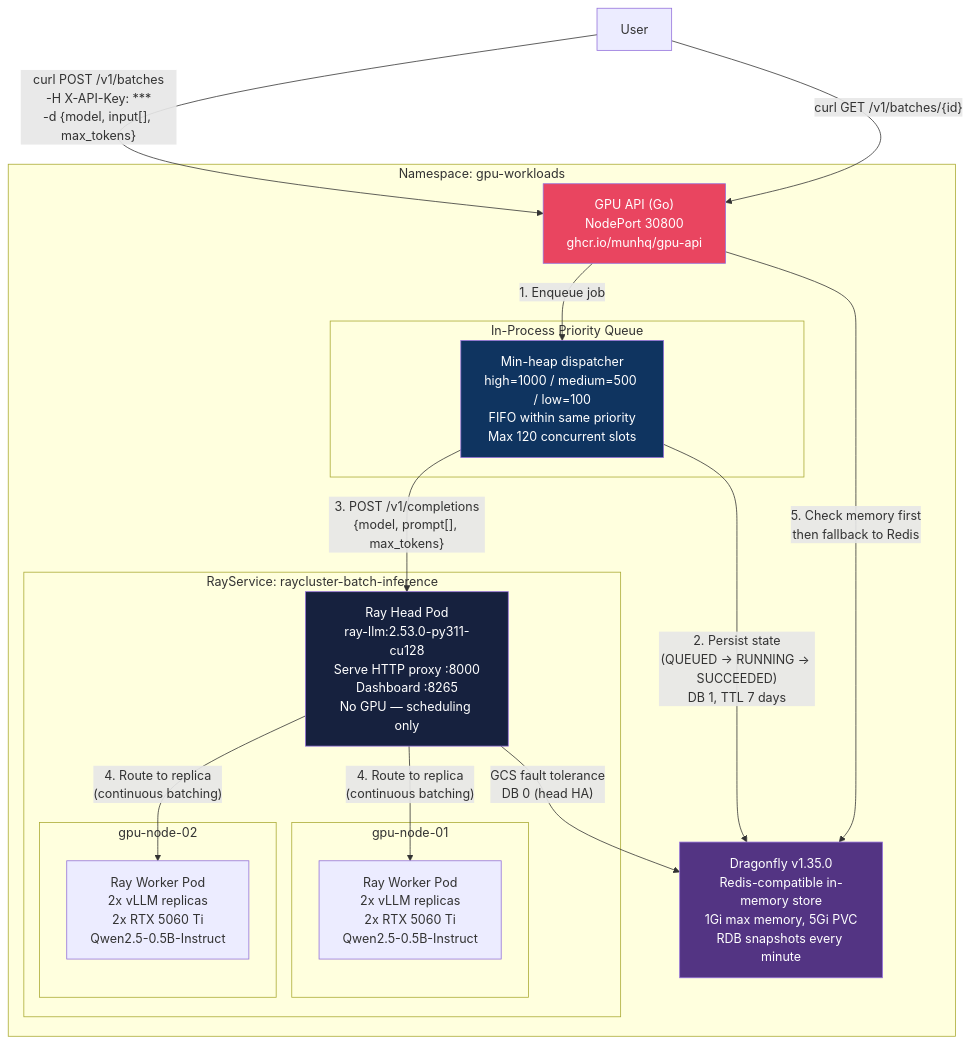
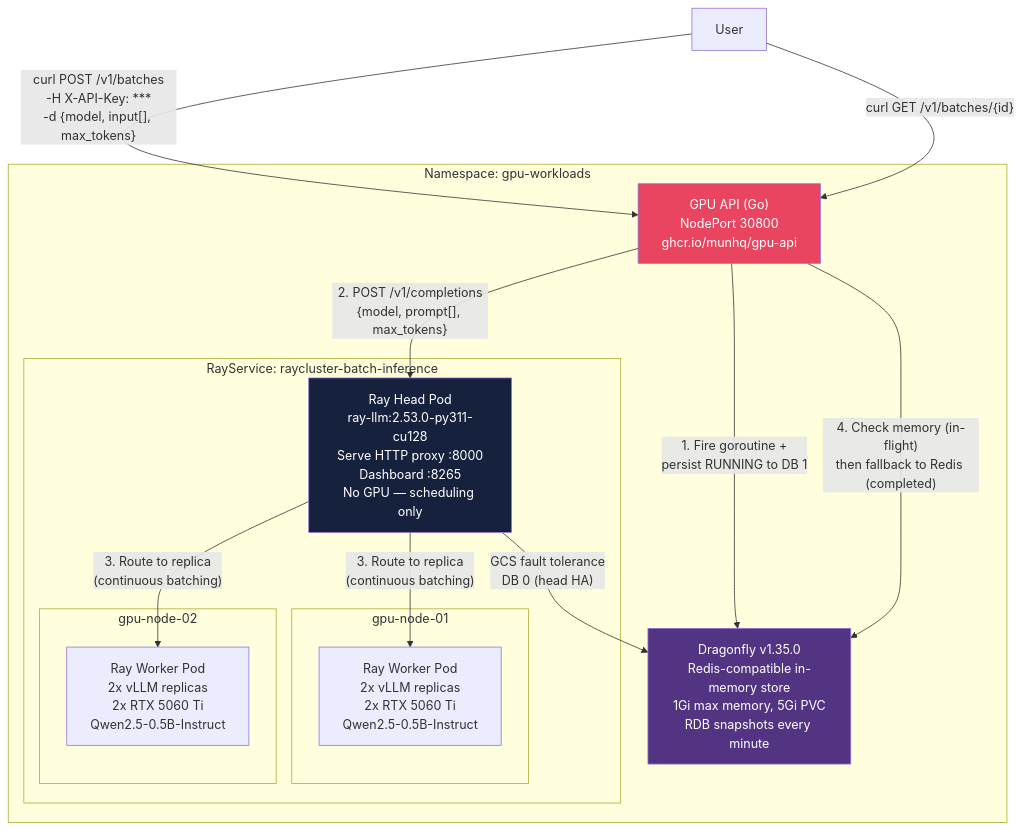
The second of 7 diagrams in ARCHITECTURE.md (munhq/kubernetes_gpu), drawn with Mermaid before and after one commit. The commit also changed other lines of this file and 3 other files, not shown here.

````diff
--- a/ARCHITECTURE.md
+++ b/ARCHITECTURE.md
@@ -32,41 +32,35 @@
 ```mermaid
 graph TD
     USER["User"] -->|"curl POST /v1/batches<br/>-H X-API-Key: ***<br/>-d {model, input[], max_tokens}"| GPU_API
 
     subgraph gpu_workloads["Namespace: gpu-workloads"]
         GPU_API["GPU API (Go)<br/>NodePort 30800<br/>ghcr.io/munhq/gpu-api"]
-
-        subgraph queue_box["In-Process Priority Queue"]
-            QUEUE["Min-heap dispatcher<br/>high=1000 / medium=500 / low=100<br/>FIFO within same priority<br/>Max 120 concurrent slots"]
-        end
 
         DRAGONFLY["Dragonfly v1.35.0<br/>Redis-compatible in-memory store<br/>1Gi max memory, 5Gi PVC<br/>RDB snapshots every minute"]
 
         subgraph ray_cluster["RayService: raycluster-batch-inference"]
             RAY_HEAD["Ray Head Pod<br/>ray-llm:2.53.0-py311-cu128<br/>Serve HTTP proxy :8000<br/>Dashboard :8265<br/>No GPU — scheduling only"]
 
             subgraph worker1["gpu-node-01"]
                 VLLM_W1["Ray Worker Pod<br/>2x vLLM replicas<br/>2x RTX 5060 Ti<br/>Qwen2.5-0.5B-Instruct"]
             end
 
             subgraph worker2["gpu-node-02"]
                 VLLM_W2["Ray Worker Pod<br/>2x vLLM replicas<br/>2x RTX 5060 Ti<br/>Qwen2.5-0.5B-Instruct"]
             end
         end
     end
 
-    GPU_API -->|"1. Enqueue job"| QUEUE
-    QUEUE -->|"2. Persist state<br/>(QUEUED → RUNNING → SUCCEEDED)<br/>DB 1, TTL 7 days"| DRAGONFLY
-    QUEUE -->|"3. POST /v1/completions<br/>{model, prompt[], max_tokens}"| RAY_HEAD
-    RAY_HEAD -->|"4. Route to replica<br/>(continuous batching)"| VLLM_W1
-    RAY_HEAD -->|"4. Route to replica<br/>(continuous batching)"| VLLM_W2
+    GPU_API -->|"1. Fire goroutine +<br/>persist RUNNING to DB 1"| DRAGONFLY
+    GPU_API -->|"2. POST /v1/completions<br/>{model, prompt[], max_tokens}"| RAY_HEAD
+    RAY_HEAD -->|"3. Route to replica<br/>(continuous batching)"| VLLM_W1
+    RAY_HEAD -->|"3. Route to replica<br/>(continuous batching)"| VLLM_W2
     RAY_HEAD -->|"GCS fault tolerance<br/>DB 0 (head HA)"| DRAGONFLY
 
     USER -->|"curl GET /v1/batches/{id}"| GPU_API
-    GPU_API -->|"5. Check memory first<br/>then fallback to Redis"| DRAGONFLY
+    GPU_API -->|"4. Check memory (in-flight)<br/>then fallback to Redis (completed)"| DRAGONFLY
 
     style GPU_API fill:#e94560,color:#fff
     style DRAGONFLY fill:#533483,color:#fff
     style RAY_HEAD fill:#16213e,color:#fff
-    style QUEUE fill:#0f3460,color:#fff
 ```
````
